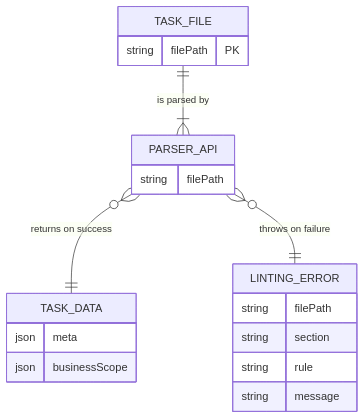
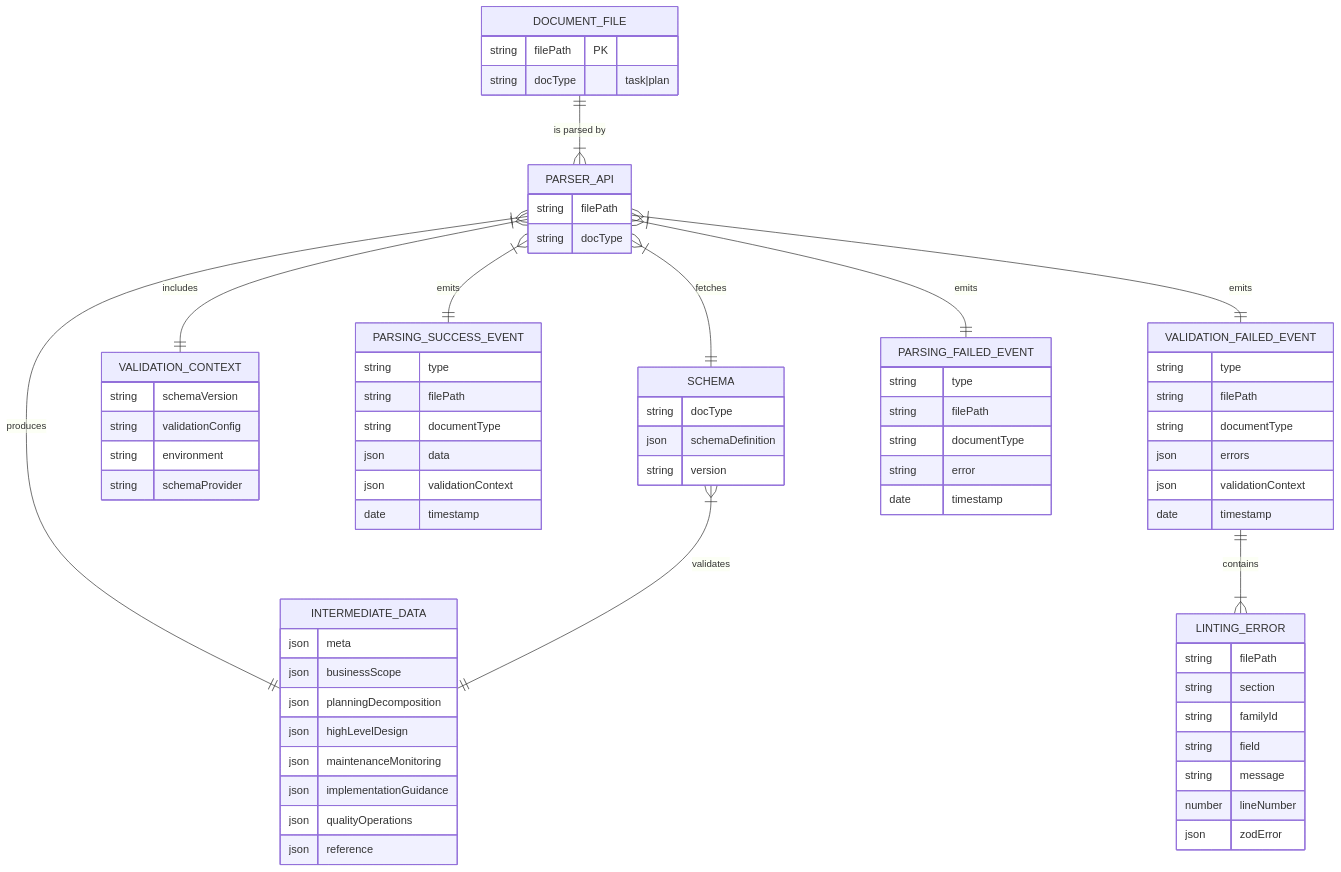
Before and after one commit to livelifelively/documentation-driven-development-tools: the fourth of 7 diagrams in docs/requirements/p1.p5-doc-parser.plan.md, drawn with Mermaid. The commit also changed other lines of this file and 2 other files, not shown here.

Commit message:
p5 planning

````diff
--- a/docs/requirements/p1.p5-doc-parser.plan.md
+++ b/docs/requirements/p1.p5-doc-parser.plan.md
@@ -196,23 +212,83 @@
 ```mermaid
 erDiagram
-    TASK_FILE {
+    DOCUMENT_FILE {
         string filePath PK
+        string docType "task|plan"
     }
+
     PARSER_API {
         string filePath
+        string docType
     }
-    TASK_DATA {
+
+    SCHEMA {
+        string docType
+        json schemaDefinition
+        string version
+    }
+
+    INTERMEDIATE_DATA {
         json meta
         json businessScope
+        json planningDecomposition
+        json highLevelDesign
+        json maintenanceMonitoring
+        json implementationGuidance
+        json qualityOperations
+        json reference
     }
+
+    VALIDATION_CONTEXT {
+        string schemaVersion
+        string validationConfig
+        string environment
+        string schemaProvider
+    }
+
+    PARSING_SUCCESS_EVENT {
+        string type
+        string filePath
+        string documentType
+        json data
+        json validationContext
+        date timestamp
+    }
+
+    VALIDATION_FAILED_EVENT {
+        string type
+        string filePath
+        string documentType
+        json errors
+        json validationContext
+        date timestamp
+    }
+
+    PARSING_FAILED_EVENT {
+        string type
+        string filePath
+        string documentType
+        string error
+        date timestamp
+    }
+
     LINTING_ERROR {
         string filePath
         string section
-        string rule
+        string familyId
+        string field
         string message
+        number lineNumber
+        json zodError
     }
 
-    TASK_FILE ||--|{ PARSER_API : "is parsed by"
-    PARSER_API }o--|| TASK_DATA : "returns on success"
-    PARSER_API }o--|| LINTING_ERROR : "throws on failure"
+    DOCUMENT_FILE ||--|{ PARSER_API : "is parsed by"
+    PARSER_API }|--|| INTERMEDIATE_DATA : "produces"
+    PARSER_API }|--|| VALIDATION_CONTEXT : "includes"
+    PARSER_API }|--|| SCHEMA : "fetches"
+    SCHEMA }|--|| INTERMEDIATE_DATA : "validates"
+    PARSER_API }|--|| PARSING_SUCCESS_EVENT : "emits"
+    PARSER_API }|--|| VALIDATION_FAILED_EVENT : "emits"
+    PARSER_API }|--|| PARSING_FAILED_EVENT : "emits"
+    VALIDATION_FAILED_EVENT ||--|{ LINTING_ERROR : "contains"
+
 ```
````
